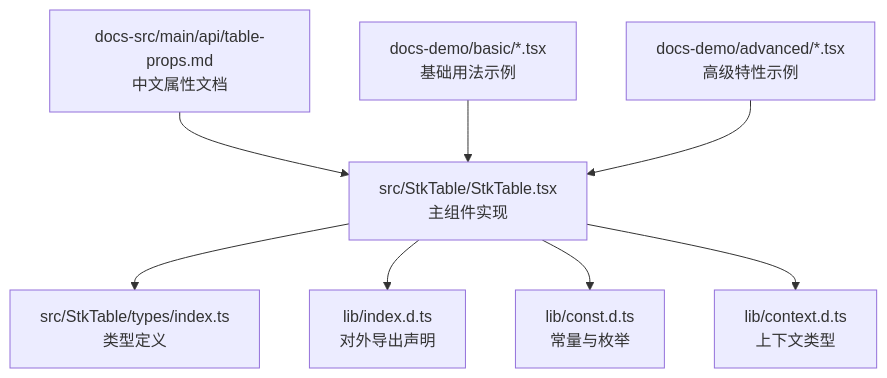
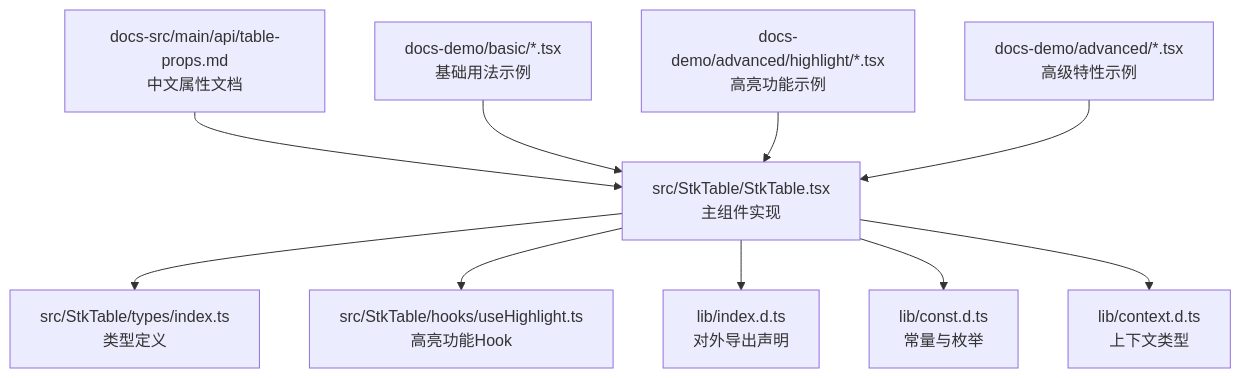
Before and after one commit to ja-plus/stk-table-react: the first of 3 diagrams in .qoder/repowiki/zh/content/API 参考/表格属性 (Props)/表格属性 (Props).md, drawn with Mermaid. The commit also changed other lines of this file and 31 other files, not shown here.

````diff
--- a/.qoder/repowiki/zh/content/API 参考/表格属性 (Props)/表格属性 (Props).md
+++ b/.qoder/repowiki/zh/content/API 参考/表格属性 (Props)/表格属性 (Props).md
@@ -69,10 +83,12 @@
 ```mermaid
 graph TB
 A["src/StkTable/StkTable.tsx<br/>主组件实现"] --> B["src/StkTable/types/index.ts<br/>类型定义"]
-A --> C["lib/index.d.ts<br/>对外导出声明"]
-A --> D["lib/const.d.ts<br/>常量与枚举"]
-A --> E["lib/context.d.ts<br/>上下文类型"]
-F["docs-src/main/api/table-props.md<br/>中文属性文档"] --> A
-G["docs-demo/basic/*.tsx<br/>基础用法示例"] --> A
-H["docs-demo/advanced/*.tsx<br/>高级特性示例"] --> A
+A --> C["src/StkTable/hooks/useHighlight.ts<br/>高亮功能Hook"]
+A --> D["lib/index.d.ts<br/>对外导出声明"]
+A --> E["lib/const.d.ts<br/>常量与枚举"]
+A --> F["lib/context.d.ts<br/>上下文类型"]
+G["docs-src/main/api/table-props.md<br/>中文属性文档"] --> A
+H["docs-demo/basic/*.tsx<br/>基础用法示例"] --> A
+I["docs-demo/advanced/highlight/*.tsx<br/>高亮功能示例"] --> A
+J["docs-demo/advanced/*.tsx<br/>高级特性示例"] --> A
 ```
````
